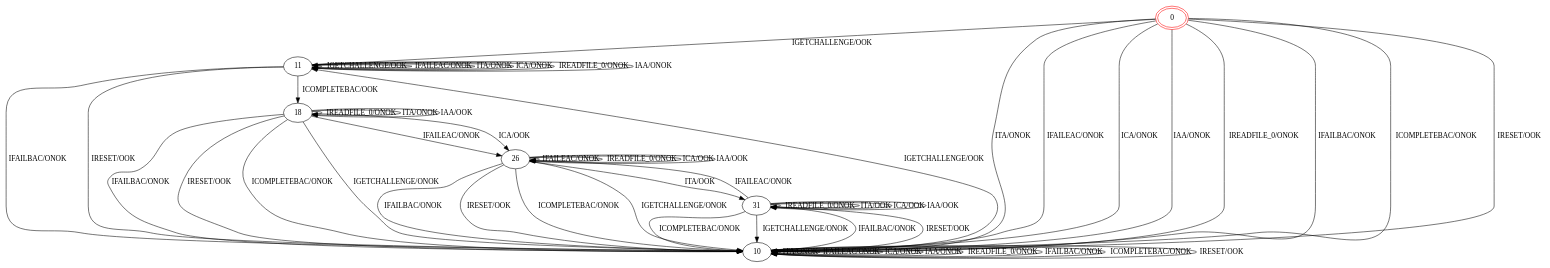
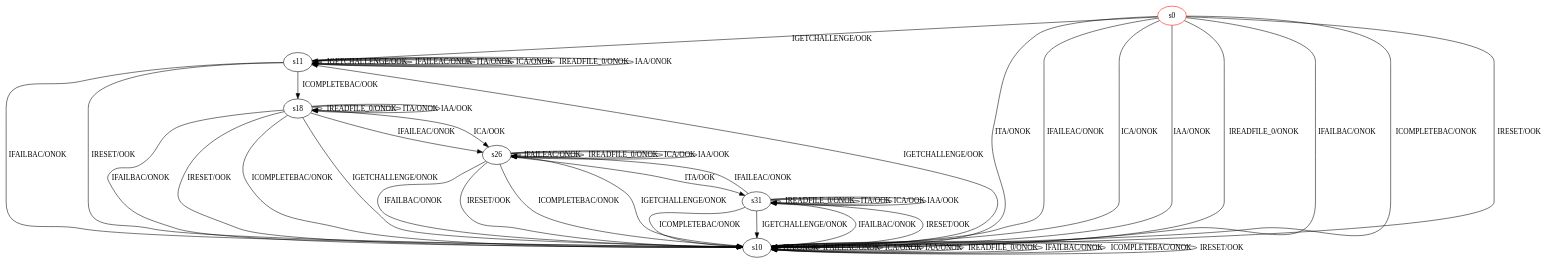
The diagram in resources/models/biometric.dot (milahu/z3gi), drawn with Graphviz before and after one commit. The commit also changed 9 other files, not shown here.

```diff
--- a/resources/models/biometric.dot
+++ b/resources/models/biometric.dot
@@ -1,63 +1,62 @@
 digraph g {
-node [shape=oval];
-  11;
-  10;
-  26;
-  18;
-  31;
-  0 [peripheries=2,color="red"];
-  0 -> 10 [label="ITA/ONOK"];
-  0 -> 10 [label="IFAILEAC/ONOK"];
-  0 -> 10 [label="ICA/ONOK"];
-  0 -> 10 [label="IAA/ONOK"];
-  0 -> 10 [label="IREADFILE_0/ONOK"];
-  0 -> 10 [label="IFAILBAC/ONOK"];
-  0 -> 10 [label="ICOMPLETEBAC/ONOK"];
-  0 -> 11 [label="IGETCHALLENGE/OOK"];
-  0 -> 10 [label="IRESET/OOK"];
-  10 -> 10 [label="ITA/ONOK"];
-  10 -> 10 [label="IFAILEAC/ONOK"];
-  10 -> 10 [label="ICA/ONOK"];
-  10 -> 10 [label="IAA/ONOK"];
-  10 -> 10 [label="IREADFILE_0/ONOK"];
-  10 -> 10 [label="IFAILBAC/ONOK"];
-  10 -> 10 [label="ICOMPLETEBAC/ONOK"];
-  10 -> 11 [label="IGETCHALLENGE/OOK"];
-  10 -> 10 [label="IRESET/OOK"];
-  11 -> 10 [label="IFAILBAC/ONOK"];
-  11 -> 10 [label="IRESET/OOK"];
-  11 -> 11 [label="IGETCHALLENGE/OOK"];
-  11 -> 11 [label="IFAILEAC/ONOK"];
-  11 -> 11 [label="ITA/ONOK"];
-  11 -> 11 [label="ICA/ONOK"];
-  11 -> 11 [label="IREADFILE_0/ONOK"];
-  11 -> 11 [label="IAA/ONOK"];
-  11 -> 18 [label="ICOMPLETEBAC/OOK"];
-  18 -> 10 [label="IFAILBAC/ONOK"];
-  18 -> 10 [label="IRESET/OOK"];
-  18 -> 18 [label="IREADFILE_0/ONOK"];
-  18 -> 26 [label="IFAILEAC/ONOK"];
-  18 -> 26 [label="ICA/OOK"];
-  18 -> 18 [label="ITA/ONOK"];
-  18 -> 18 [label="IAA/OOK"];
-  18 -> 10 [label="ICOMPLETEBAC/ONOK"];
-  18 -> 10 [label="IGETCHALLENGE/ONOK"];
-  26 -> 10 [label="IFAILBAC/ONOK"];
-  26 -> 10 [label="IRESET/OOK"];
-  26 -> 26 [label="IFAILEAC/ONOK"];
-  26 -> 26 [label="IREADFILE_0/ONOK"];
-  26 -> 31 [label="ITA/OOK"];
-  26 -> 26 [label="ICA/OOK"];
-  26 -> 26 [label="IAA/OOK"];
-  26 -> 10 [label="ICOMPLETEBAC/ONOK"];
-  26 -> 10 [label="IGETCHALLENGE/ONOK"];
-  31 -> 31 [label="IREADFILE_0/ONOK"];
-  31 -> 31 [label="ITA/OOK"];
-  31 -> 31 [label="ICA/OOK"];
-  31 -> 31 [label="IAA/OOK"];
-  31 -> 26 [label="IFAILEAC/ONOK"];
-  31 -> 10 [label="ICOMPLETEBAC/ONOK"];
-  31 -> 10 [label="IGETCHALLENGE/ONOK"];
-  31 -> 10 [label="IFAILBAC/ONOK"];
-  31 -> 10 [label="IRESET/OOK"];
+  s0 [color="red"];
+  s11;
+  s10;
+  s26;
+  s18;
+  s31;
+  s0 -> s10 [label="ITA/ONOK"];
+  s0 -> s10 [label="IFAILEAC/ONOK"];
+  s0 -> s10 [label="ICA/ONOK"];
+  s0 -> s10 [label="IAA/ONOK"];
+  s0 -> s10 [label="IREADFILE_0/ONOK"];
+  s0 -> s10 [label="IFAILBAC/ONOK"];
+  s0 -> s10 [label="ICOMPLETEBAC/ONOK"];
+  s0 -> s11 [label="IGETCHALLENGE/OOK"];
+  s0 -> s10 [label="IRESET/OOK"];
+  s10 -> s10 [label="ITA/ONOK"];
+  s10 -> s10 [label="IFAILEAC/ONOK"];
+  s10 -> s10 [label="ICA/ONOK"];
+  s10 -> s10 [label="IAA/ONOK"];
+  s10 -> s10 [label="IREADFILE_0/ONOK"];
+  s10 -> s10 [label="IFAILBAC/ONOK"];
+  s10 -> s10 [label="ICOMPLETEBAC/ONOK"];
+  s10 -> s11 [label="IGETCHALLENGE/OOK"];
+  s10 -> s10 [label="IRESET/OOK"];
+  s11 -> s10 [label="IFAILBAC/ONOK"];
+  s11 -> s10 [label="IRESET/OOK"];
+  s11 -> s11 [label="IGETCHALLENGE/OOK"];
+  s11 -> s11 [label="IFAILEAC/ONOK"];
+  s11 -> s11 [label="ITA/ONOK"];
+  s11 -> s11 [label="ICA/ONOK"];
+  s11 -> s11 [label="IREADFILE_0/ONOK"];
+  s11 -> s11 [label="IAA/ONOK"];
+  s11 -> s18 [label="ICOMPLETEBAC/OOK"];
+  s18 -> s10 [label="IFAILBAC/ONOK"];
+  s18 -> s10 [label="IRESET/OOK"];
+  s18 -> s18 [label="IREADFILE_0/ONOK"];
+  s18 -> s26 [label="IFAILEAC/ONOK"];
+  s18 -> s26 [label="ICA/OOK"];
+  s18 -> s18 [label="ITA/ONOK"];
+  s18 -> s18 [label="IAA/OOK"];
+  s18 -> s10 [label="ICOMPLETEBAC/ONOK"];
+  s18 -> s10 [label="IGETCHALLENGE/ONOK"];
+  s26 -> s10 [label="IFAILBAC/ONOK"];
+  s26 -> s10 [label="IRESET/OOK"];
+  s26 -> s26 [label="IFAILEAC/ONOK"];
+  s26 -> s26 [label="IREADFILE_0/ONOK"];
+  s26 -> s31 [label="ITA/OOK"];
+  s26 -> s26 [label="ICA/OOK"];
+  s26 -> s26 [label="IAA/OOK"];
+  s26 -> s10 [label="ICOMPLETEBAC/ONOK"];
+  s26 -> s10 [label="IGETCHALLENGE/ONOK"];
+  s31 -> s31 [label="IREADFILE_0/ONOK"];
+  s31 -> s31 [label="ITA/OOK"];
+  s31 -> s31 [label="ICA/OOK"];
+  s31 -> s31 [label="IAA/OOK"];
+  s31 -> s26 [label="IFAILEAC/ONOK"];
+  s31 -> s10 [label="ICOMPLETEBAC/ONOK"];
+  s31 -> s10 [label="IGETCHALLENGE/ONOK"];
+  s31 -> s10 [label="IFAILBAC/ONOK"];
+  s31 -> s10 [label="IRESET/OOK"];
 }
```
